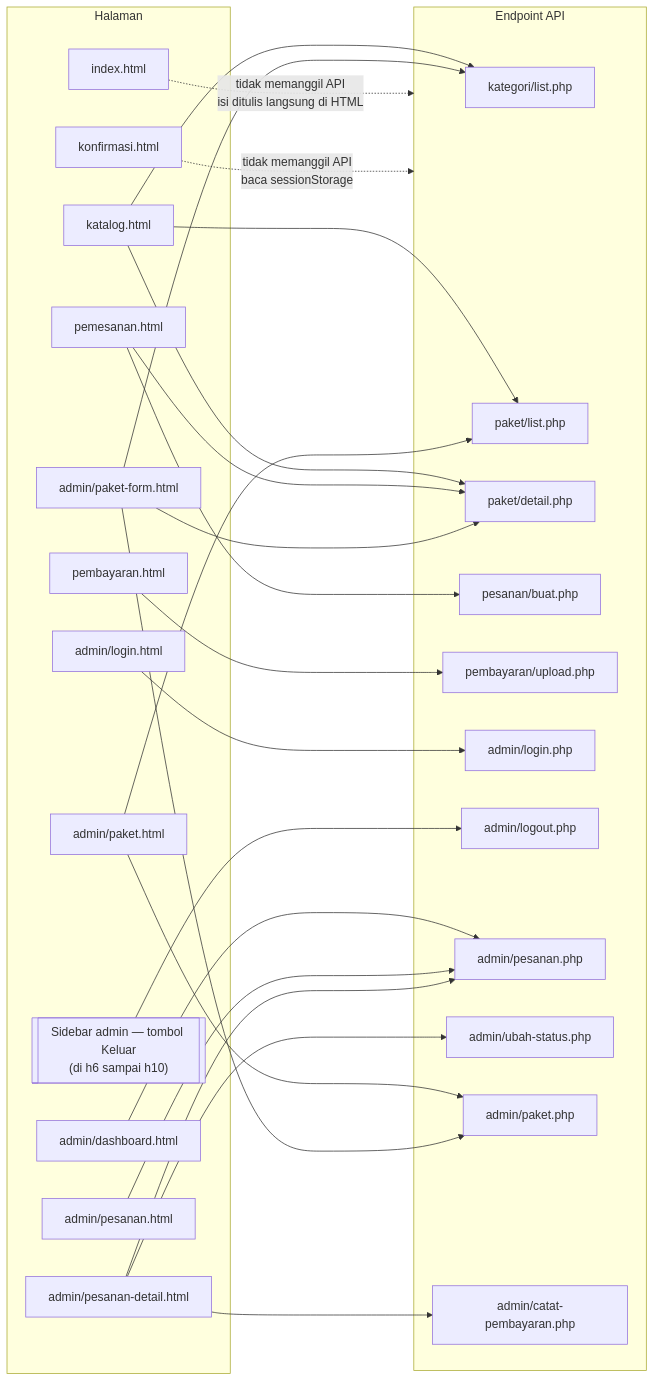
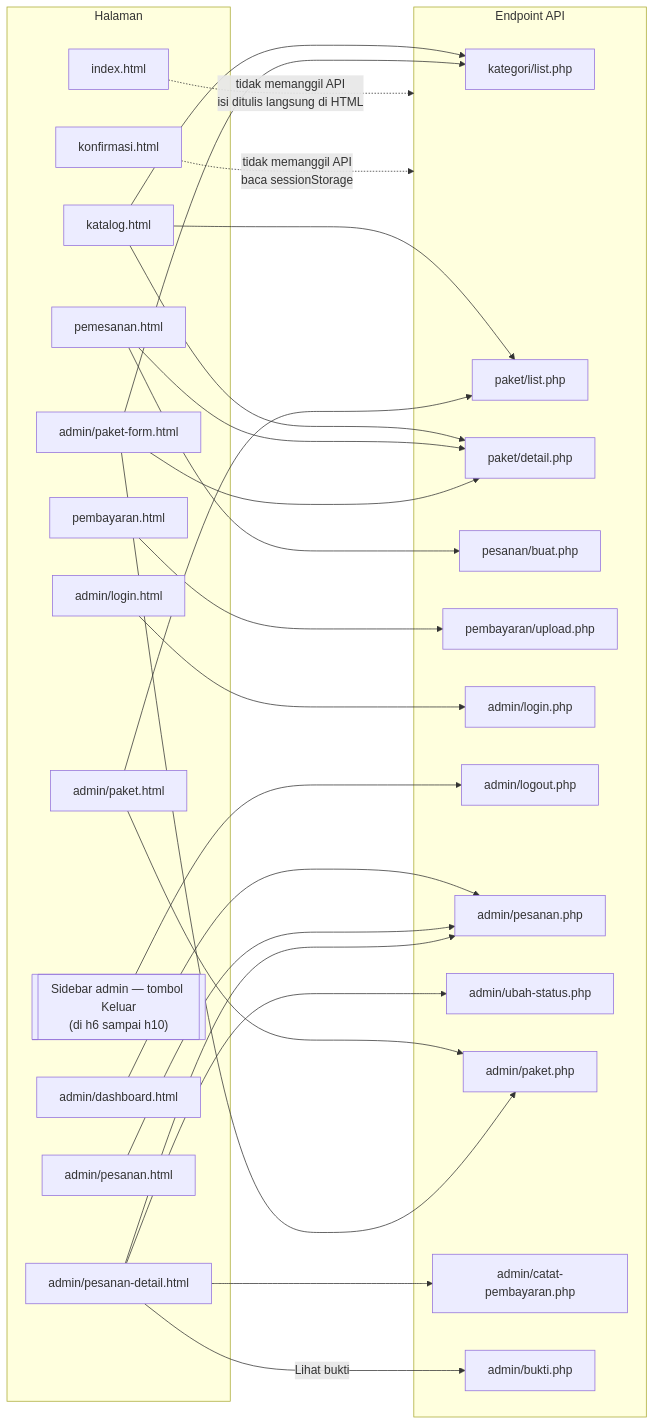
Before and after one commit to gustirizqon123-ops/Website_Jasa_PhotoVideo_SistemOperasi: the second of 2 diagrams in SITEMAP.md, drawn with Mermaid. The commit also changed 13 other files, not shown here.

````diff
--- a/SITEMAP.md
+++ b/SITEMAP.md
@@ -91,52 +91,54 @@
 ```mermaid
 flowchart LR
     subgraph halaman["Halaman"]
         h0["index.html"]
         h1["katalog.html"]
         h2["pemesanan.html"]
         h3["pembayaran.html"]
         h4["konfirmasi.html"]
         h5["admin/login.html"]
         h6["admin/dashboard.html"]
         h7["admin/pesanan.html"]
         h8["admin/pesanan-detail.html"]
         h9["admin/paket.html"]
         h10["admin/paket-form.html"]
         hs[["Sidebar admin — tombol Keluar<br/>(di h6 sampai h10)"]]
     end
 
     subgraph api["Endpoint API"]
         e1["kategori/list.php"]
         e2["paket/list.php"]
         e3["paket/detail.php"]
         e4["pesanan/buat.php"]
         e5["pembayaran/upload.php"]
         e6["admin/login.php"]
         e7["admin/logout.php"]
         e8["admin/pesanan.php"]
         e9["admin/ubah-status.php"]
         e10["admin/paket.php"]
         e11["admin/catat-pembayaran.php"]
+        e12["admin/bukti.php"]
     end
 
     h0 -.->|tidak memanggil API<br/>isi ditulis langsung di HTML| api
     h1 --> e1
     h1 --> e2
     h1 --> e3
     h2 --> e3
     h2 --> e4
     h3 --> e5
     h4 -.->|tidak memanggil API<br/>baca sessionStorage| api
     h5 --> e6
     h6 --> e8
     h7 --> e8
     h8 --> e8
     h8 --> e9
     h8 --> e11
+    h8 -->|Lihat bukti| e12
     h9 --> e2
     h9 --> e10
     h10 --> e1
     h10 --> e3
     h10 --> e10
     hs --> e7
 ```
````
